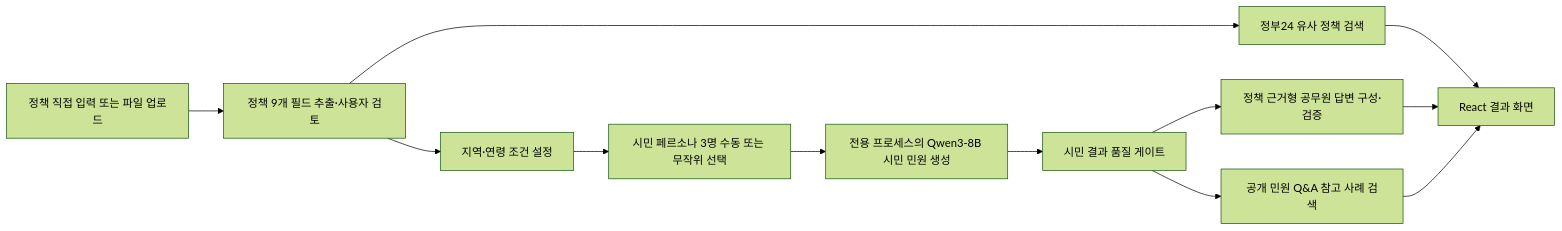
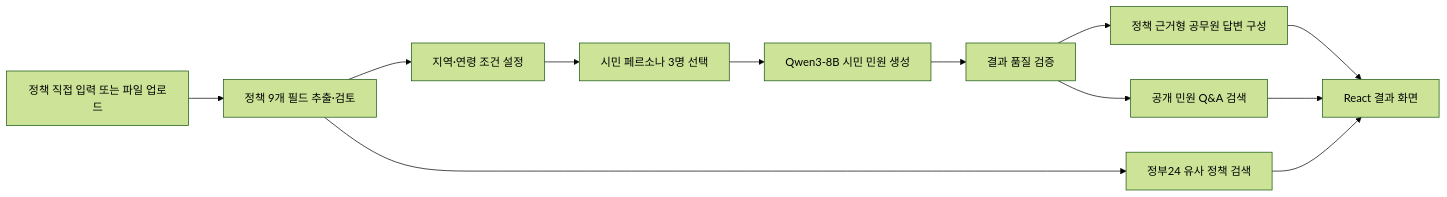
Before and after one commit to dev-samuel-codes/policy_risk_persona_simulator: the diagram in README.md, drawn with Mermaid (forest theme). The commit also changed other lines of this file and 1 other file, not shown here.

````diff
--- a/README.md
+++ b/README.md
@@ -117,14 +49,14 @@
 ```mermaid
 flowchart LR
-    A["정책 직접 입력 또는 파일 업로드"] --> B["정책 9개 필드 추출·사용자 검토"]
+    A["정책 직접 입력 또는 파일 업로드"] --> B["정책 9개 필드 추출·검토"]
     B --> C["지역·연령 조건 설정"]
-    C --> D["시민 페르소나 3명 수동 또는 무작위 선택"]
-    B --> E["정부24 유사 정책 검색"]
-    D --> F["전용 프로세스의 Qwen3-8B 시민 민원 생성"]
-    F --> G["시민 결과 품질 게이트"]
-    G --> H["정책 근거형 공무원 답변 구성·검증"]
-    G --> I["공개 민원 Q&A 참고 사례 검색"]
-    E --> J["React 결과 화면"]
+    C --> D["시민 페르소나 3명 선택"]
+    D --> E["Qwen3-8B 시민 민원 생성"]
+    E --> F["결과 품질 검증"]
+    F --> G["정책 근거형 공무원 답변 구성"]
+    B --> H["정부24 유사 정책 검색"]
+    F --> I["공개 민원 Q&A 검색"]
+    G --> J["React 결과 화면"]
     H --> J
     I --> J
 ```
````
